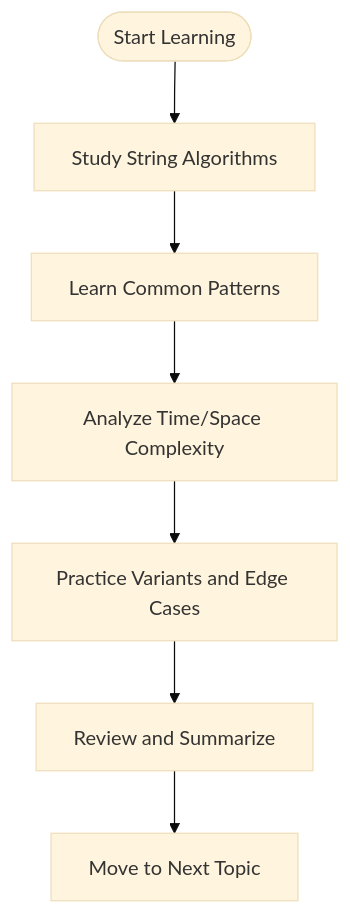
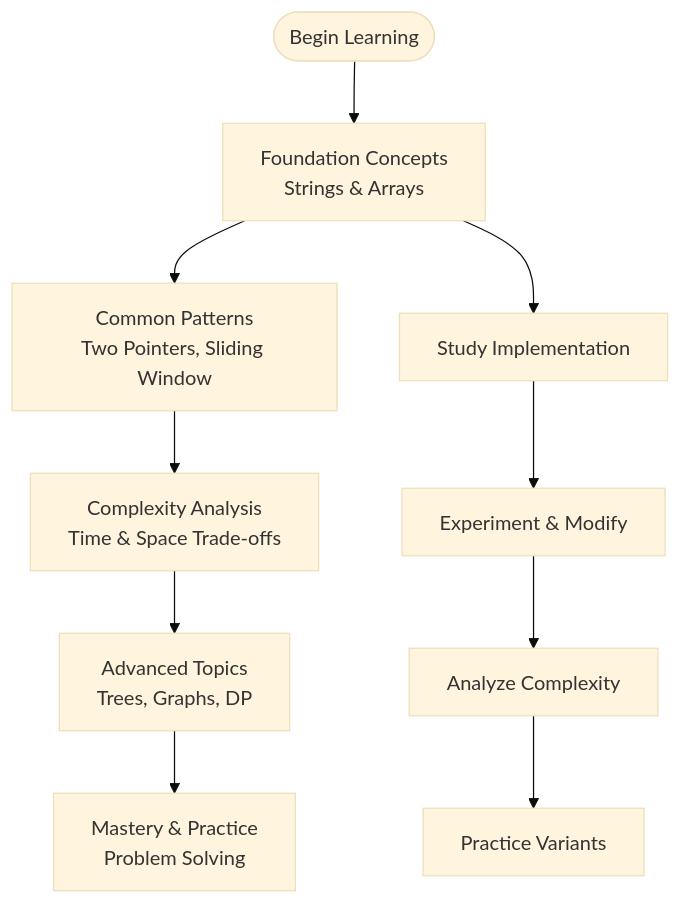
Before and after one commit to pawarrishi/dsa_prep: the third of 4 diagrams in .qoder/repowiki/en/content/Project Overview.md, drawn with Mermaid (base theme). The commit also changed other lines of this file and 4 other files, not shown here.

````diff
--- a/.qoder/repowiki/en/content/Project Overview.md
+++ b/.qoder/repowiki/en/content/Project Overview.md
@@ -105,9 +156,12 @@
 ```mermaid
 flowchart TD
-Start(["Start Learning"]) --> Strings["Study String Algorithms"]
-Strings --> Patterns["Learn Common Patterns"]
-Patterns --> Complexity["Analyze Time/Space Complexity"]
-Complexity --> Practice["Practice Variants and Edge Cases"]
-Practice --> Review["Review and Summarize"]
-Review --> NextTopic["Move to Next Topic"]
+Start(["Begin Learning"]) --> Foundation["Foundation Concepts<br/>Strings & Arrays"]
+Foundation --> Patterns["Common Patterns<br/>Two Pointers, Sliding Window"]
+Patterns --> Complexity["Complexity Analysis<br/>Time & Space Trade-offs"]
+Complexity --> Advanced["Advanced Topics<br/>Trees, Graphs, DP"]
+Advanced --> Mastery["Mastery & Practice<br/>Problem Solving"]
+Foundation --> StudyCode["Study Implementation"]
+StudyCode --> Experiment["Experiment & Modify"]
+Experiment --> Analyze["Analyze Complexity"]
+Analyze --> Practice["Practice Variants"]
 ```
````
